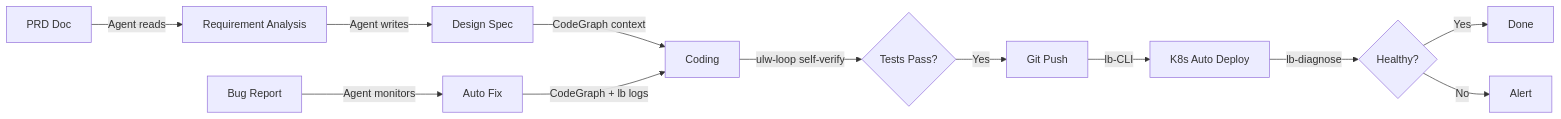
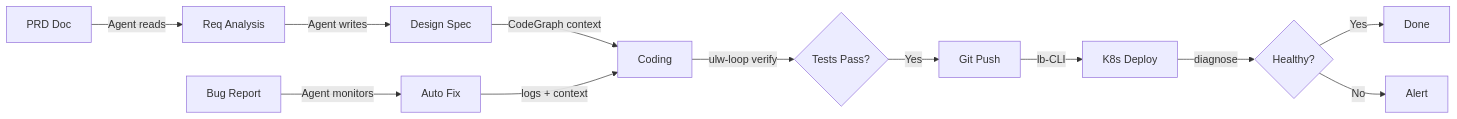
Before and after one commit to coder-wangbin/coder-wangbin: the diagram in README.md, drawn with Mermaid. The commit also changed other lines of this file, not shown here.

Commit message:
🩹 Fix P0: remove 404 project links, add contact/experience/activity graph

````diff
--- a/README.md
+++ b/README.md
@@ -22,14 +30,14 @@
 ```mermaid
 flowchart LR
-    A["PRD Doc"] -->|Agent reads| B["Requirement Analysis"]
+    A["PRD Doc"] -->|Agent reads| B["Req Analysis"]
     B -->|Agent writes| C["Design Spec"]
     C -->|CodeGraph context| D["Coding"]
-    D -->|ulw-loop self-verify| E{"Tests Pass?"}
+    D -->|ulw-loop verify| E{"Tests Pass?"}
     E -->|Yes| F["Git Push"]
-    F -->|lb-CLI| G["K8s Auto Deploy"]
-    G -->|lb-diagnose| H{"Healthy?"}
+    F -->|lb-CLI| G["K8s Deploy"]
+    G -->|diagnose| H{"Healthy?"}
     H -->|Yes| I["Done"]
     H -->|No| J["Alert"]
     K["Bug Report"] -->|Agent monitors| L["Auto Fix"]
-    L -->|CodeGraph + lb logs| D
+    L -->|logs + context| D
 ```
````
